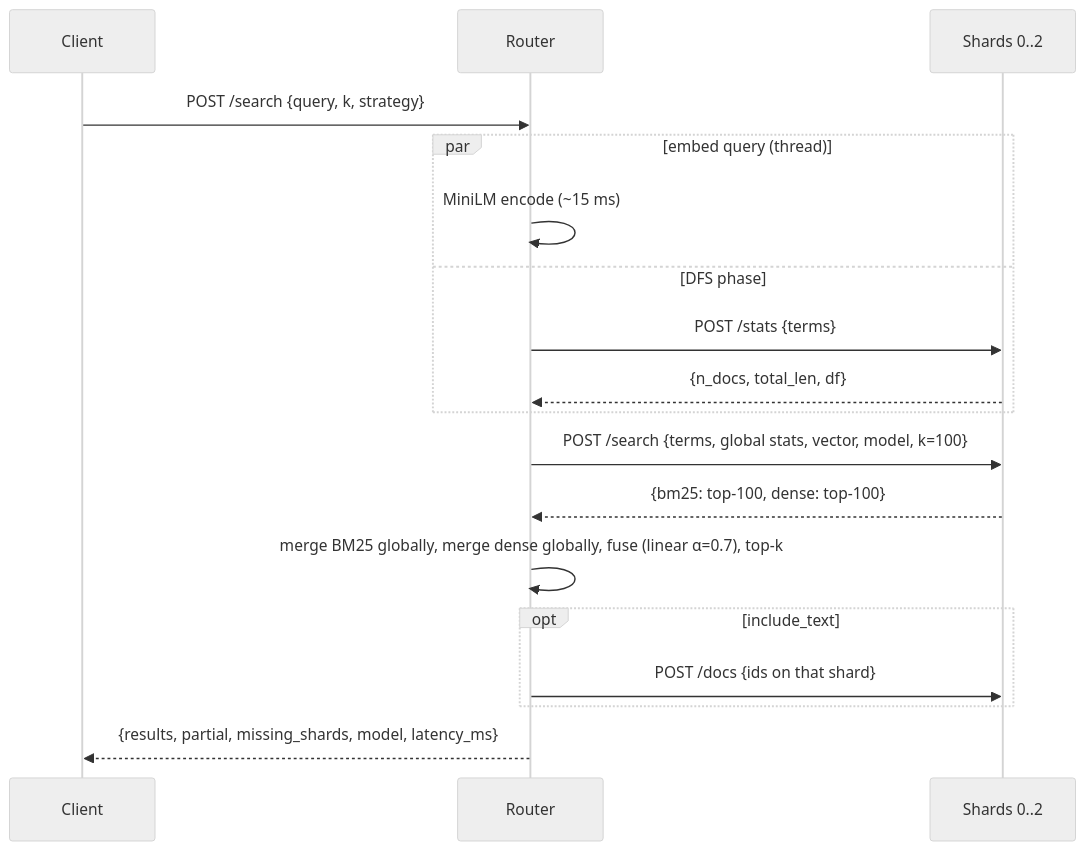
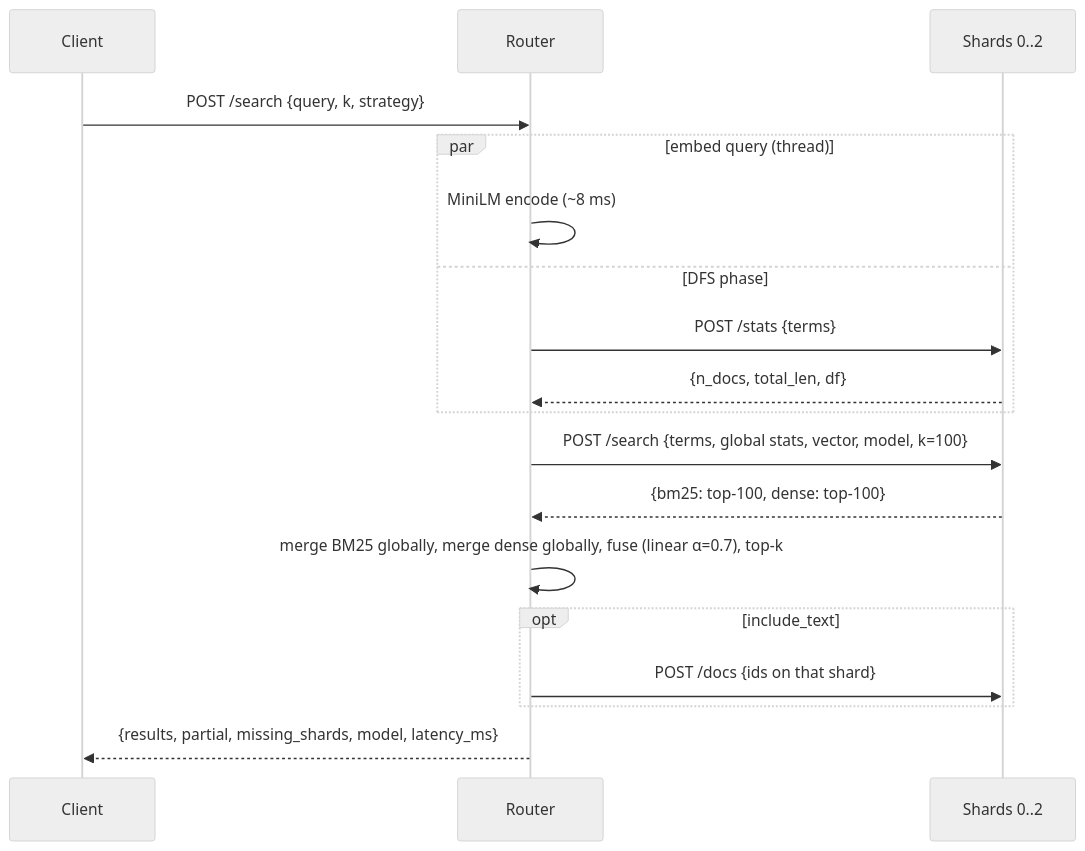
The diagram in docs/08_sharding_scatter_gather.md (node31/fiqa-agentic-retrieval), drawn with Mermaid (neutral theme) before and after one commit. The commit also changed 10 other files, not shown here.

````diff
--- a/docs/08_sharding_scatter_gather.md
+++ b/docs/08_sharding_scatter_gather.md
@@ -26,20 +26,20 @@
 ```mermaid
 sequenceDiagram
   participant C as Client
   participant R as Router
   participant S as Shards 0..2
   C->>R: POST /search {query, k, strategy}
   par embed query (thread)
-    R->>R: MiniLM encode (~15 ms)
+    R->>R: MiniLM encode (~8 ms)
   and DFS phase
     R->>S: POST /stats {terms}
     S-->>R: {n_docs, total_len, df}
   end
   R->>S: POST /search {terms, global stats, vector, model, k=100}
   S-->>R: {bm25: top-100, dense: top-100}
   R->>R: merge BM25 globally, merge dense globally, fuse (linear α=0.7), top-k
   opt include_text
     R->>S: POST /docs {ids on that shard}
   end
   R-->>C: {results, partial, missing_shards, model, latency_ms}
 ```
````
